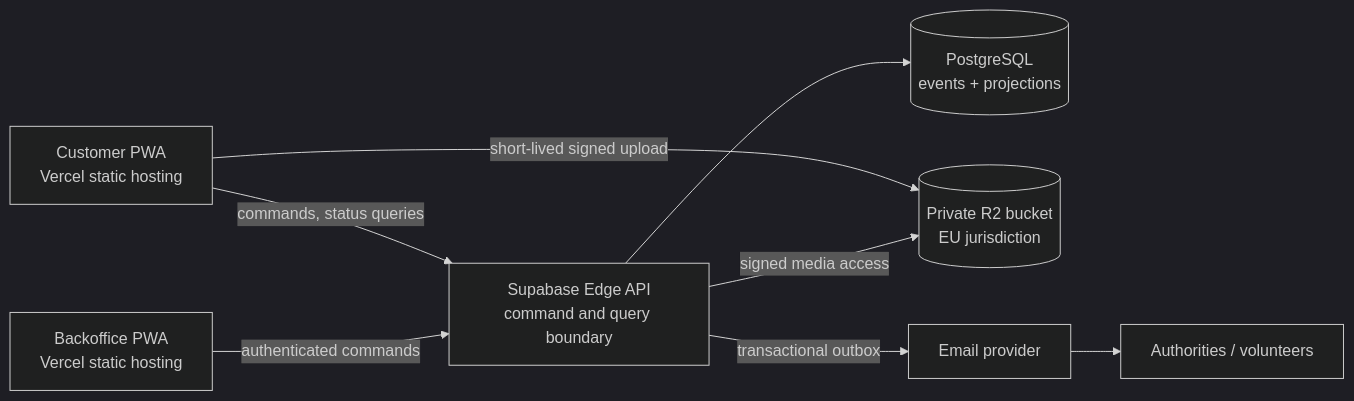
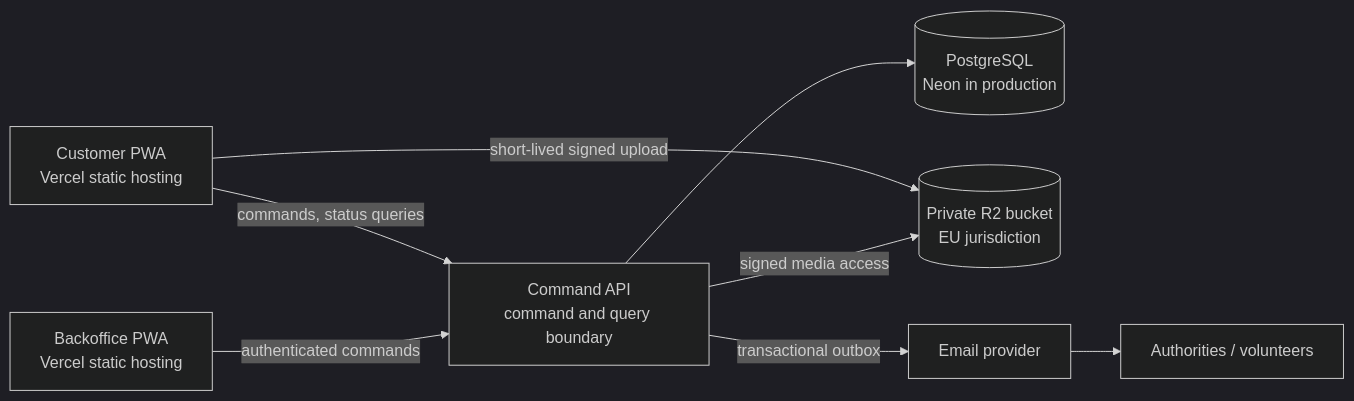
One commit to janherich/animal-helper changed the diagram in README.md. Above: the diagram before and after it, drawn with Mermaid (dark theme). The commit also changed other lines of this file and 38 other files, not shown here.

First line of the commit message:
feat: run Postgres in Docker locally and Neon in production

````diff
--- a/README.md
+++ b/README.md
@@ -27,18 +27,18 @@
 ```mermaid
 flowchart LR
   Customer["Customer PWA<br/>Vercel static hosting"]
   Admin["Backoffice PWA<br/>Vercel static hosting"]
-  API["Supabase Edge API<br/>command and query boundary"]
-  DB[("PostgreSQL<br/>events + projections")]
+  API["Command API<br/>command and query boundary"]
+  DB[("PostgreSQL<br/>Neon in production")]
   Media[("Private R2 bucket<br/>EU jurisdiction")]
   Mail["Email provider"]
   Bodies["Authorities / volunteers"]
 
   Customer -->|commands, status queries| API
   Customer -->|short-lived signed upload| Media
   Admin -->|authenticated commands| API
   API --> DB
   API -->|signed media access| Media
   API -->|transactional outbox| Mail
   Mail --> Bodies
 ```
````
